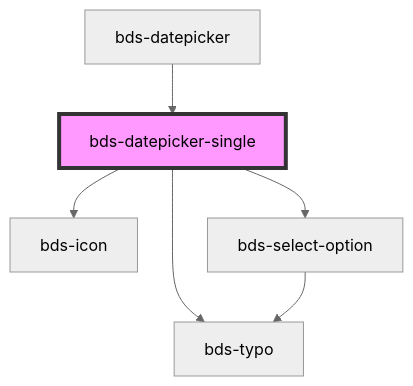
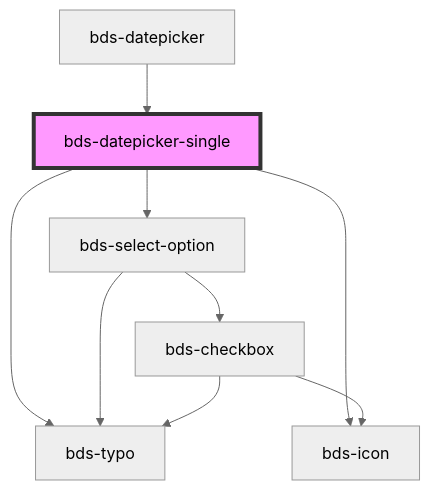
Before and after one commit to takenet/blip-ds: the diagram in src/components/datepicker/datepicker-single/readme.md, drawn with Mermaid (neutral theme). The commit also changed 18 other files, not shown here.

````diff
--- a/src/components/datepicker/datepicker-single/readme.md
+++ b/src/components/datepicker/datepicker-single/readme.md
@@ -55,9 +55,12 @@
 ```mermaid
 graph TD;
   bds-datepicker-single --> bds-typo
   bds-datepicker-single --> bds-icon
   bds-datepicker-single --> bds-select-option
   bds-select-option --> bds-typo
+  bds-select-option --> bds-checkbox
+  bds-checkbox --> bds-icon
+  bds-checkbox --> bds-typo
   bds-datepicker --> bds-datepicker-single
   style bds-datepicker-single fill:#f9f,stroke:#333,stroke-width:4px
 ```
````
